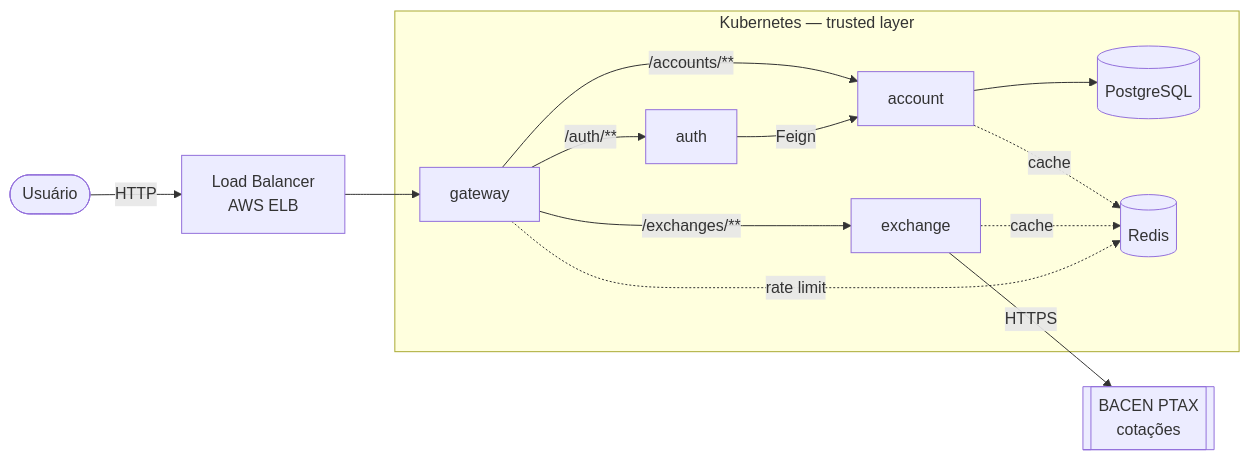
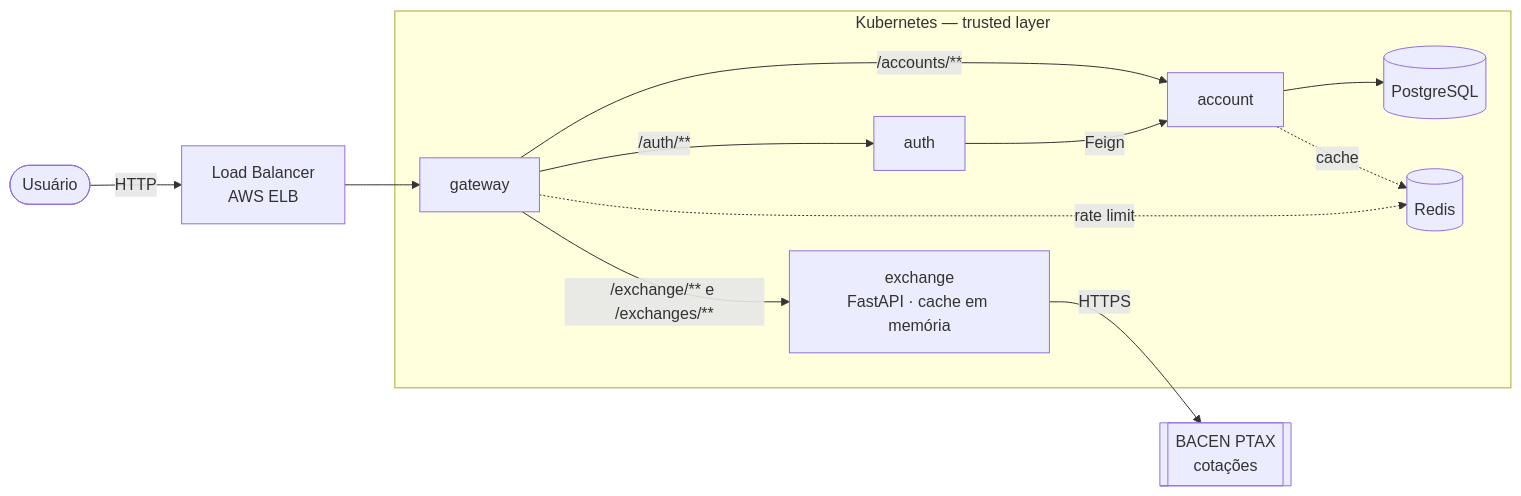
Before and after one commit to EuMiguelll/Projeto-PMA: the diagram in docs/index.md, drawn with Mermaid. The commit also changed other lines of this file and 6 other files, not shown here.

````diff
--- a/docs/index.md
+++ b/docs/index.md
@@ -20,16 +21,15 @@
 ```mermaid
 flowchart LR
     user([Usuário]) -->|HTTP| lb[Load Balancer<br/>AWS ELB]
     lb --> gw
     subgraph eks [Kubernetes — trusted layer]
         gw[gateway] -->|/auth/**| auth
         gw -->|/accounts/**| account
-        gw -->|/exchanges/**| exchange
+        gw -->|"/exchange/** e /exchanges/**"| exchange["exchange<br/>FastAPI · cache em memória"]
         auth -->|Feign| account
         account --> db[(PostgreSQL)]
         account -.cache.-> redis[(Redis)]
-        exchange -.cache.-> redis
         gw -.rate limit.-> redis
     end
     exchange -->|HTTPS| api[[BACEN PTAX<br/>cotações]]
 ```
````
